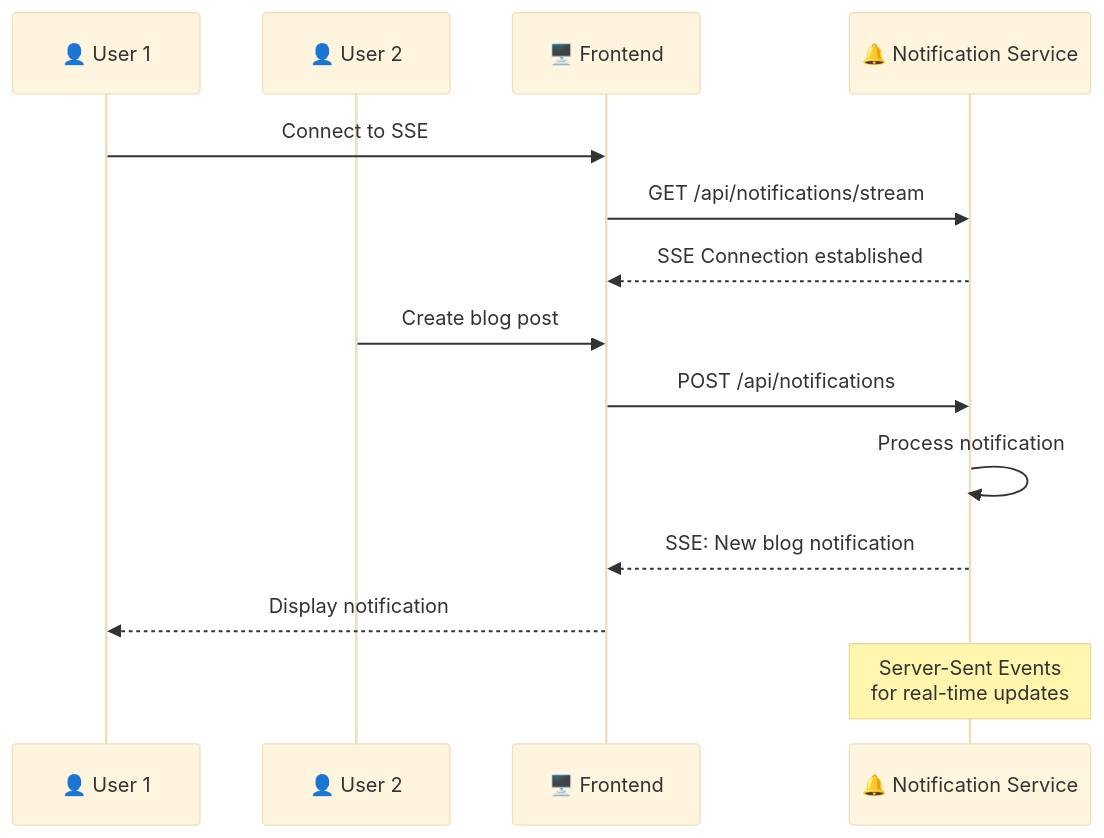
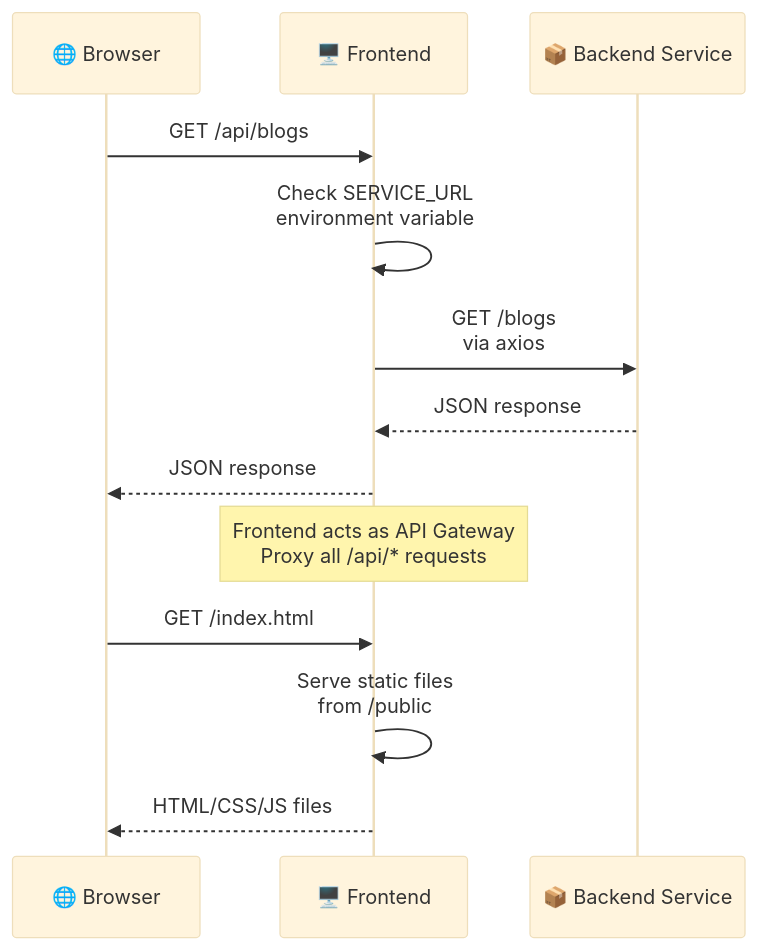
Before and after one commit to vvt911/blog-microservices: the fifth of 9 diagrams in docs/architecture-diagrams.md, drawn with Mermaid (base theme). The commit also changed other lines of this file and 2 other files, not shown here.

````diff
--- a/docs/architecture-diagrams.md
+++ b/docs/architecture-diagrams.md
@@ -156,19 +168,18 @@
 ```mermaid
 sequenceDiagram
-    participant U1 as 👤 User 1
-    participant U2 as 👤 User 2
+    participant B as 🌐 Browser
     participant F as 🖥️ Frontend
-    participant N as 🔔 Notification Service
+    participant S as 📦 Backend Service
     
-    U1->>F: Connect to SSE
-    F->>N: GET /api/notifications/stream
-    N-->>F: SSE Connection established
+    B->>F: GET /api/blogs
+    F->>F: Check SERVICE_URL<br/>environment variable
+    F->>S: GET /blogs<br/>via axios
+    S-->>F: JSON response
+    F-->>B: JSON response
     
-    U2->>F: Create blog post
-    F->>N: POST /api/notifications
-    N->>N: Process notification
-    N-->>F: SSE: New blog notification
-    F-->>U1: Display notification
+    Note over F: Frontend acts as API Gateway<br/>Proxy all /api/* requests
     
-    Note over N: Server-Sent Events<br/>for real-time updates
+    B->>F: GET /index.html
+    F->>F: Serve static files<br/>from /public
+    F-->>B: HTML/CSS/JS files
 ```
````
